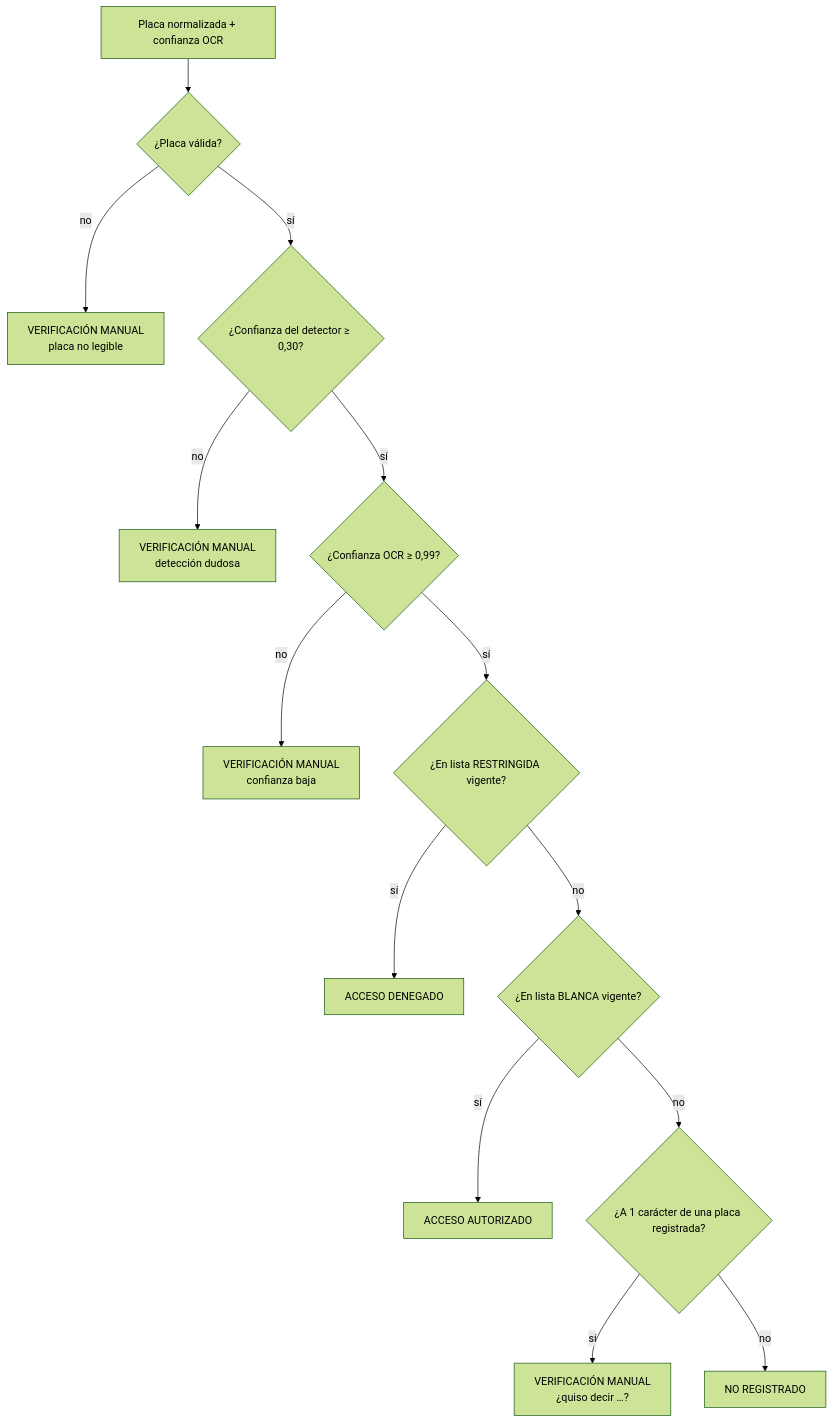
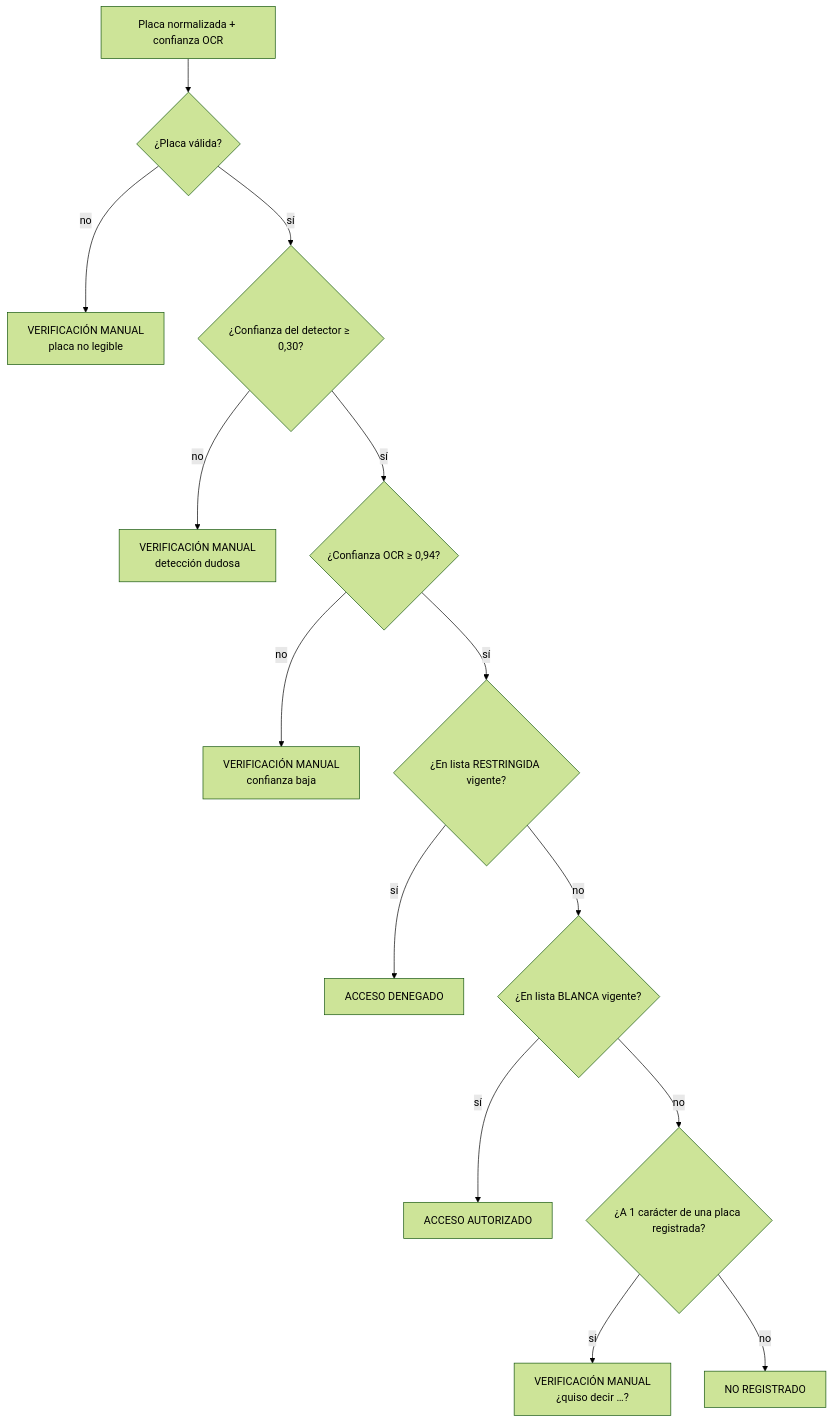
One commit to eduardoceballos666/SIRAP_2 changed the third of 4 diagrams in docs/arquitectura.md. Above: the diagram before and after it, drawn with Mermaid (forest theme). The commit also changed other lines of this file and 16 other files, not shown here.

````diff
--- a/docs/arquitectura.md
+++ b/docs/arquitectura.md
@@ -117,16 +116,16 @@
 ```mermaid
 flowchart TD
     A[Placa normalizada + confianza OCR] --> B{¿Placa válida?}
     B -- no --> M[VERIFICACIÓN MANUAL<br/>placa no legible]
     B -- sí --> B2{¿Confianza del detector ≥ 0,30?}
     B2 -- no --> M4[VERIFICACIÓN MANUAL<br/>detección dudosa]
-    B2 -- sí --> C{¿Confianza OCR ≥ 0,99?}
+    B2 -- sí --> C{¿Confianza OCR ≥ 0,94?}
     C -- no --> M2[VERIFICACIÓN MANUAL<br/>confianza baja]
     C -- sí --> D{¿En lista RESTRINGIDA vigente?}
     D -- sí --> X[ACCESO DENEGADO]
     D -- no --> E{¿En lista BLANCA vigente?}
     E -- sí --> OK[ACCESO AUTORIZADO]
     E -- no --> F{¿A 1 carácter de una placa registrada?}
     F -- sí --> M3[VERIFICACIÓN MANUAL<br/>¿quiso decir …?]
     F -- no --> N[NO REGISTRADO]
 ```
````
